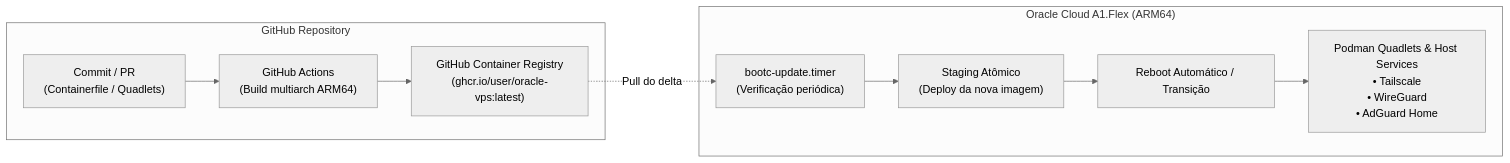
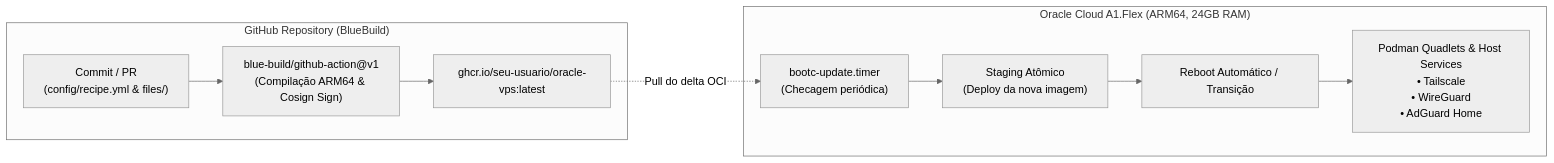
The diagram in README.md (jbdsjunior/oracle-vps), drawn with Mermaid (neutral theme) before and after one commit. The commit also changed other lines of this file and 9 other files, not shown here.

Commit message:
refactor: adopt standard BlueBuild framework architecture and action

````diff
--- a/README.md
+++ b/README.md
@@ -27,22 +27,22 @@
 ```mermaid
 flowchart LR
-    subgraph GitHub ["GitHub Repository"]
-        GitCommit["Commit / PR<br>(Containerfile / Quadlets)"]
-        GHA["GitHub Actions<br>(Build multiarch ARM64)"]
-        GHCR["GitHub Container Registry<br>(ghcr.io/user/oracle-vps:latest)"]
+    subgraph GitHub ["GitHub Repository (BlueBuild)"]
+        GitCommit["Commit / PR<br>(config/recipe.yml & files/)"]
+        BBAction["blue-build/github-action@v1<br>(Compilação ARM64 & Cosign Sign)"]
+        GHCR["ghcr.io/seu-usuario/oracle-vps:latest"]
     end
 
-    subgraph OCI ["Oracle Cloud A1.Flex (ARM64)"]
-        BootcTimer["bootc-update.timer<br>(Verificação periódica)"]
+    subgraph OCI ["Oracle Cloud A1.Flex (ARM64, 24GB RAM)"]
+        BootcTimer["bootc-update.timer<br>(Checagem periódica)"]
         Staging["Staging Atômico<br>(Deploy da nova imagem)"]
         Reboot["Reboot Automático / Transição"]
         Services["Podman Quadlets & Host Services<br>• Tailscale<br>• WireGuard<br>• AdGuard Home"]
     end
 
-    GitCommit --> GHA
-    GHA --> GHCR
-    GHCR -.->|Pull do delta| BootcTimer
+    GitCommit --> BBAction
+    BBAction --> GHCR
+    GHCR -.->|Pull do delta OCI| BootcTimer
     BootcTimer --> Staging
     Staging --> Reboot
     Reboot --> Services
 ```
````
